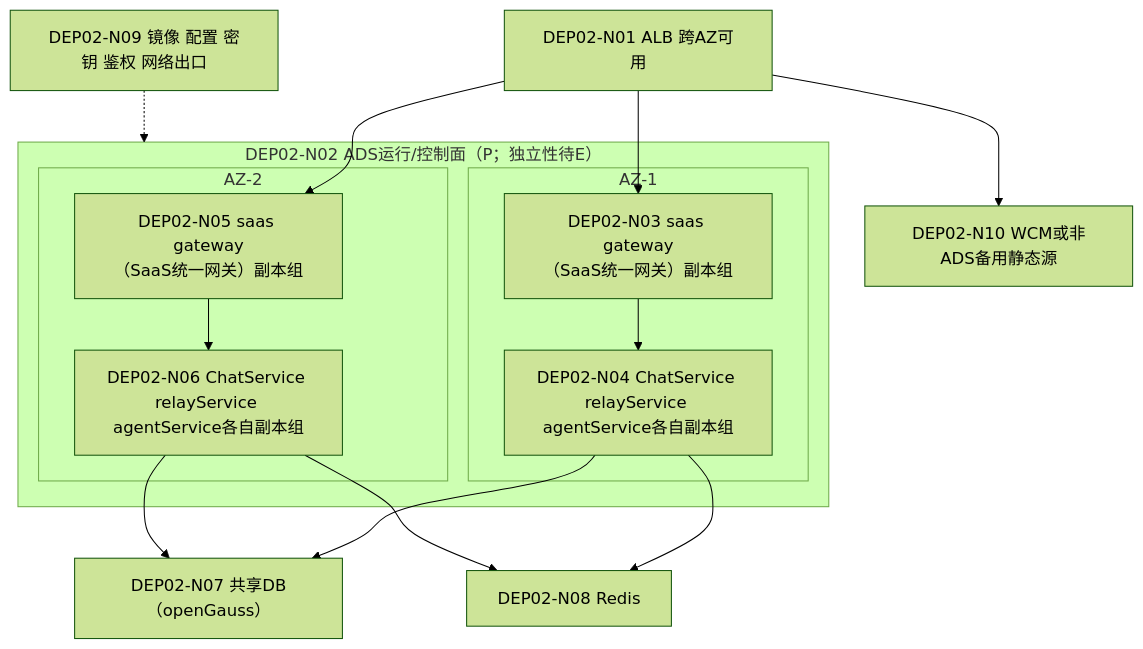
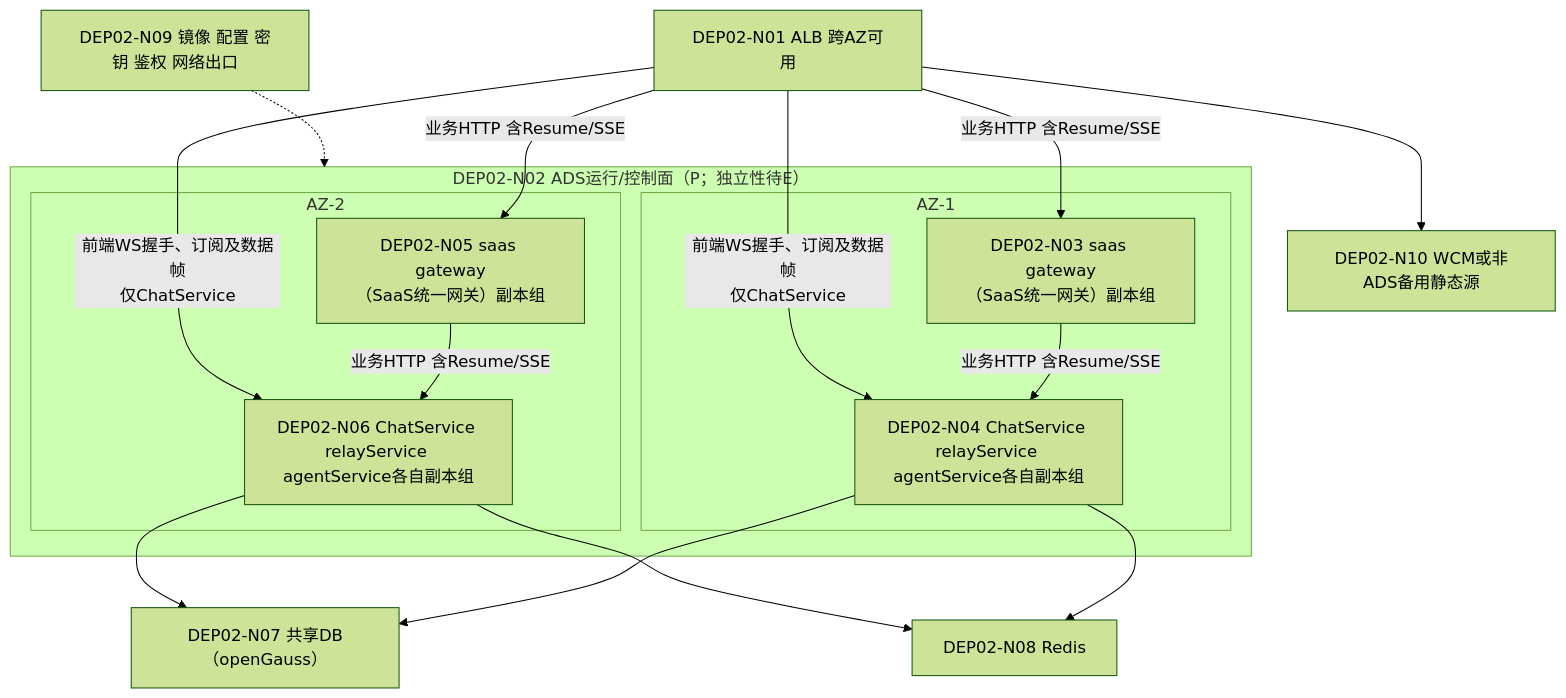
Before and after one commit to kunben-duck/exweb: the third of 7 diagrams in docs/architecture/high-availability/deployment.md, drawn with Mermaid (forest theme). The commit also changed other lines of this file and 9 other files, not shown here.

````diff
--- a/docs/architecture/high-availability/deployment.md
+++ b/docs/architecture/high-availability/deployment.md
@@ -146,24 +148,26 @@
 ```mermaid
 flowchart TB
     entry["DEP02-N01 ALB 跨AZ可用"]
     subgraph regionalAds["DEP02-N02 ADS运行/控制面（P；独立性待E）"]
         subgraph azOne["AZ-1"]
             gatewayOne["DEP02-N03 saas gateway<br/>（SaaS统一网关）副本组"]
             servicesOne["DEP02-N04 ChatService relayService agentService各自副本组"]
-            gatewayOne --> servicesOne
+            gatewayOne -->|业务HTTP 含Resume/SSE| servicesOne
         end
         subgraph azTwo["AZ-2"]
             gatewayTwo["DEP02-N05 saas gateway<br/>（SaaS统一网关）副本组"]
             servicesTwo["DEP02-N06 ChatService relayService agentService各自副本组"]
-            gatewayTwo --> servicesTwo
+            gatewayTwo -->|业务HTTP 含Resume/SSE| servicesTwo
         end
     end
-    entry --> gatewayOne
-    entry --> gatewayTwo
+    entry -->|业务HTTP 含Resume/SSE| gatewayOne
+    entry -->|业务HTTP 含Resume/SSE| gatewayTwo
+    entry -->|前端WS握手、订阅及数据帧<br/>仅ChatService| servicesOne
+    entry -->|前端WS握手、订阅及数据帧<br/>仅ChatService| servicesTwo
     servicesOne --> db["DEP02-N07 共享DB（openGauss）"]
     servicesTwo --> db
     servicesOne --> redis["DEP02-N08 Redis"]
     servicesTwo --> redis
     dependencies["DEP02-N09 镜像 配置 密钥 鉴权 网络出口"] -.-> regionalAds
     entry --> staticSource["DEP02-N10 WCM或非ADS备用静态源"]
 ```
````
